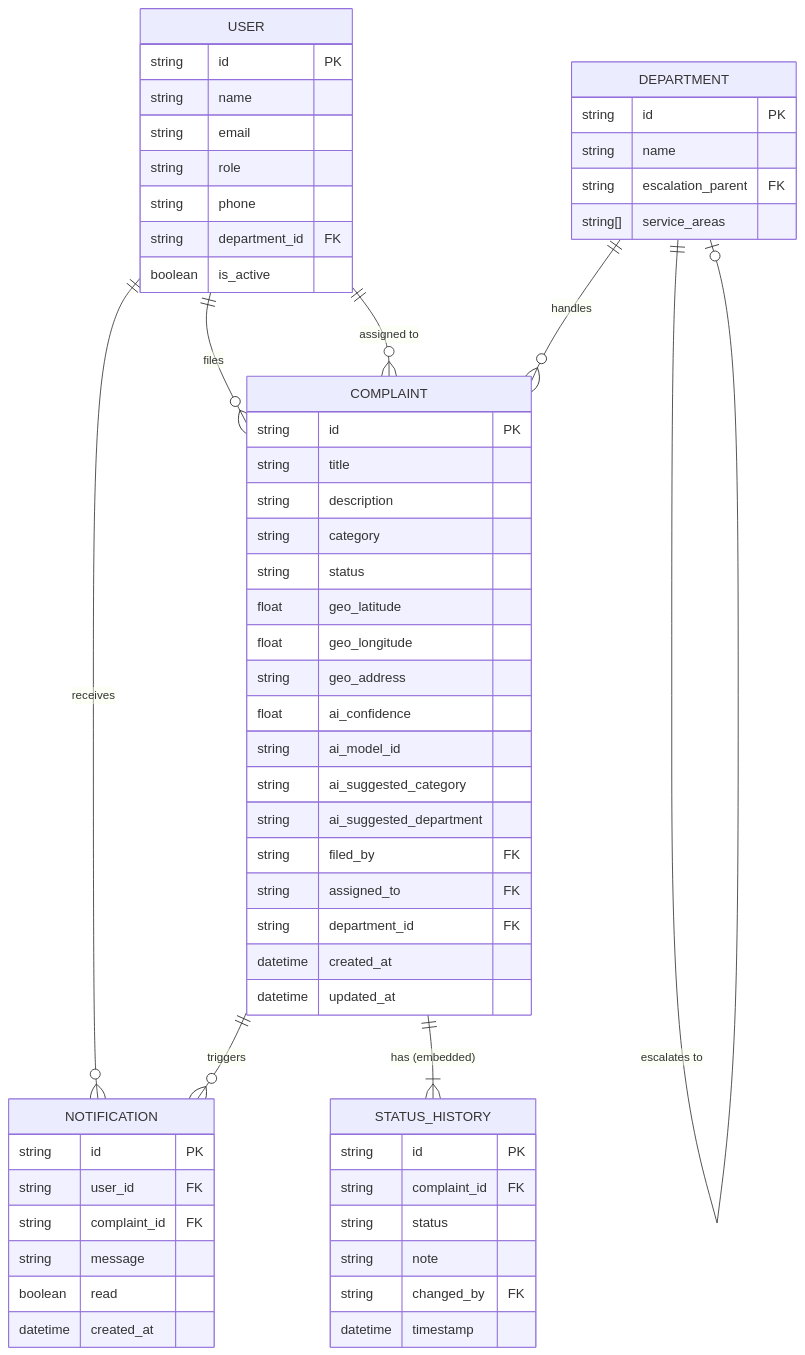
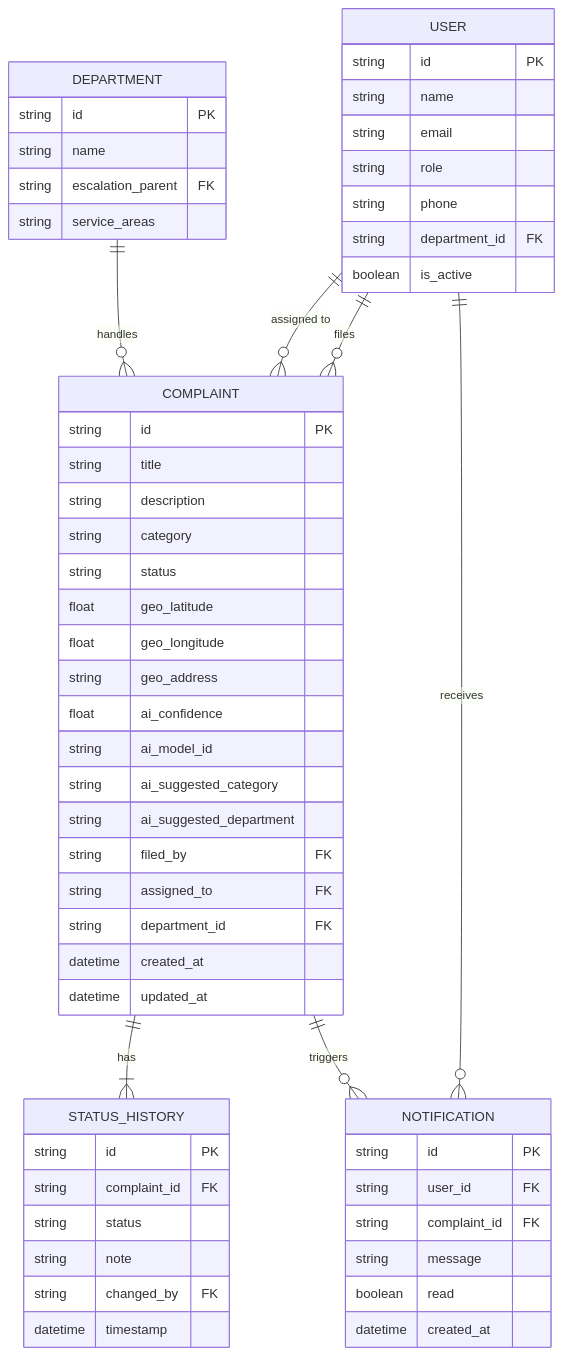
Before and after one commit to ark5234/Jan-Sunwai-AI: the fourth of 10 diagrams in docs/DIAGRAMS.md, drawn with Mermaid. The commit also changed other lines of this file and 14 other files, not shown here.

Commit message:
docs: add system design and implementation planning chapters with architecture diagrams to project report

````diff
--- a/docs/DIAGRAMS.md
+++ b/docs/DIAGRAMS.md
@@ -131,65 +118,64 @@
 ```mermaid
 erDiagram
     USER {
         string id PK
         string name
         string email
         string role
         string phone
         string department_id FK
         boolean is_active
     }
 
     COMPLAINT {
         string id PK
         string title
         string description
         string category
         string status
         float geo_latitude
         float geo_longitude
         string geo_address
         float ai_confidence
         string ai_model_id
         string ai_suggested_category
         string ai_suggested_department
         string filed_by FK
         string assigned_to FK
         string department_id FK
         datetime created_at
         datetime updated_at
     }
 
     DEPARTMENT {
         string id PK
         string name
         string escalation_parent FK
-        string[] service_areas
+        string service_areas
     }
 
     STATUS_HISTORY {
         string id PK
         string complaint_id FK
         string status
         string note
         string changed_by FK
         datetime timestamp
     }
 
     NOTIFICATION {
         string id PK
         string user_id FK
         string complaint_id FK
         string message
         boolean read
         datetime created_at
     }
 
-    USER ||--o{ COMPLAINT : "files"
+    USER ||--o{ COMPLAINT : files
     USER ||--o{ COMPLAINT : "assigned to"
-    DEPARTMENT ||--o{ COMPLAINT : "handles"
-    DEPARTMENT ||--o| DEPARTMENT : "escalates to"
-    COMPLAINT ||--|{ STATUS_HISTORY : "has (embedded)"
-    USER ||--o{ NOTIFICATION : "receives"
-    COMPLAINT ||--o{ NOTIFICATION : "triggers"
+    DEPARTMENT ||--o{ COMPLAINT : handles
+    COMPLAINT ||--|{ STATUS_HISTORY : has
+    USER ||--o{ NOTIFICATION : receives
+    COMPLAINT ||--o{ NOTIFICATION : triggers
 ```
````
